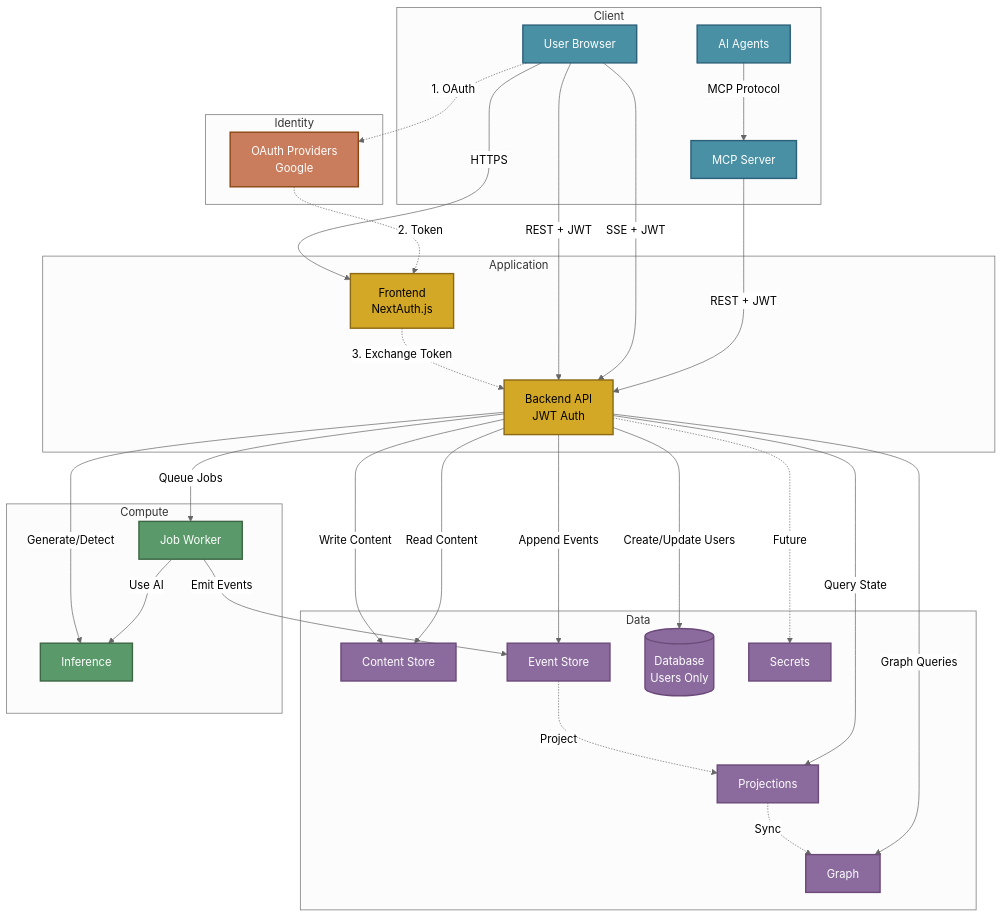
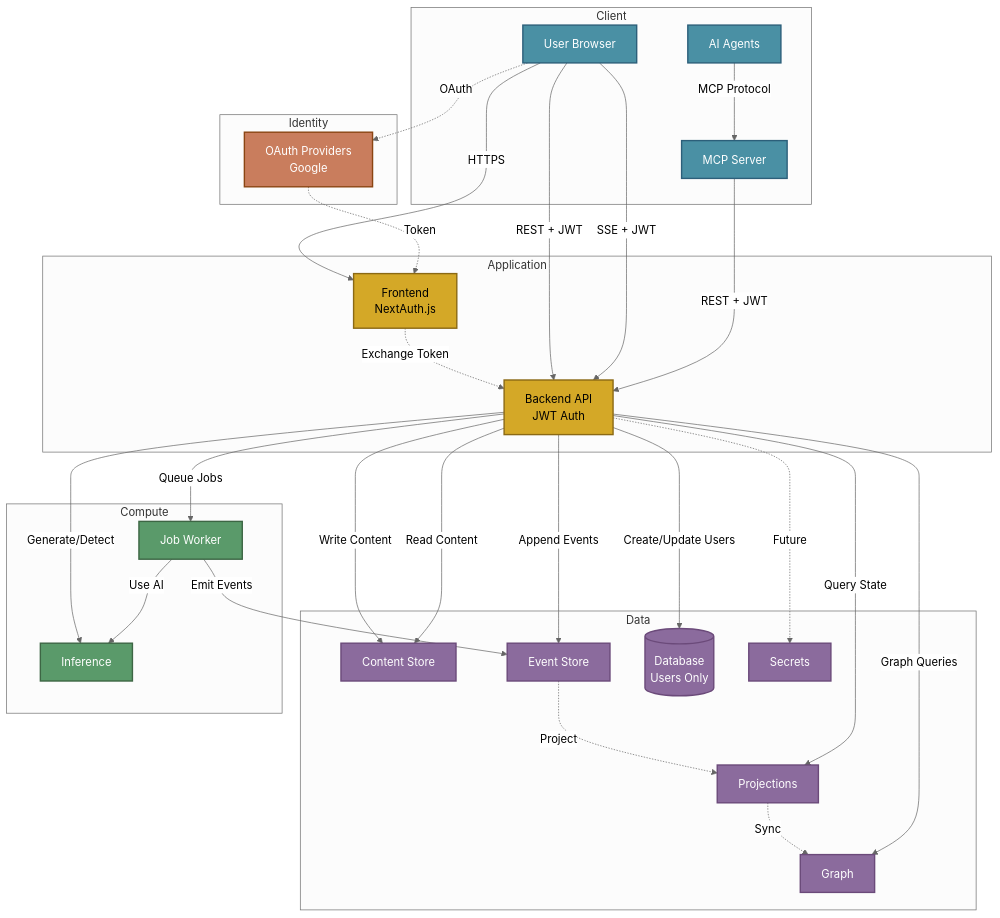
The diagram in docs/ARCHITECTURE.md (The-AI-Alliance/semiont), drawn with Mermaid (neutral theme) before and after one commit.

Commit message:
clean labels

````diff
--- a/docs/ARCHITECTURE.md
+++ b/docs/ARCHITECTURE.md
@@ -23,79 +23,79 @@
 ```mermaid
 graph TB
     subgraph "Client"
         USER[User Browser]
         AI[AI Agents]
         MCP[MCP Server]
     end
 
     subgraph "Identity"
         OAUTH[OAuth Providers<br/>Google]
     end
 
     subgraph "Application"
         FE[Frontend<br/>NextAuth.js]
         BE[Backend API<br/>JWT Auth]
     end
 
     subgraph "Data"
         CONTENT[Content Store]
         EVENTS[Event Store]
         PROJ[Projections]
         GRAPH[Graph]
         DB[(Database<br/>Users Only)]
         SEC[Secrets]
     end
 
     subgraph "Compute"
         INF[Inference]
         JW[Job Worker]
     end
 
     %% Client connections
     USER -->|HTTPS| FE
     AI -->|MCP Protocol| MCP
 
     %% OAuth flow (server-side only)
-    USER -.->|1. OAuth| OAUTH
-    OAUTH -.->|2. Token| FE
-    FE -.->|3. Exchange Token| BE
+    USER -.->|OAuth| OAUTH
+    OAUTH -.->|Token| FE
+    FE -.->|Exchange Token| BE
 
     %% API calls (client-side from browser)
     USER -->|REST + JWT| BE
     USER -->|SSE + JWT| BE
     MCP -->|REST + JWT| BE
 
     %% Backend to data (write path)
     BE -->|Write Content| CONTENT
     BE -->|Append Events| EVENTS
     BE -->|Create/Update Users| DB
     BE -.->|Future| SEC
 
     %% Event-driven flow
     EVENTS -.->|Project| PROJ
     PROJ -.->|Sync| GRAPH
 
     %% Backend reads
     BE -->|Read Content| CONTENT
     BE -->|Query State| PROJ
     BE -->|Graph Queries| GRAPH
 
     %% Compute services
     BE -->|Generate/Detect| INF
     BE -->|Queue Jobs| JW
     JW -->|Emit Events| EVENTS
     JW -->|Use AI| INF
 
     %% Styling - darker fills ensure text contrast in both light and dark modes
     classDef client fill:#4a90a4,stroke:#2c5f7a,stroke-width:2px,color:#fff
     classDef identity fill:#c97d5d,stroke:#8b4513,stroke-width:2px,color:#fff
     classDef app fill:#d4a827,stroke:#8b6914,stroke-width:2px,color:#000
     classDef data fill:#8b6b9d,stroke:#6b4a7a,stroke-width:2px,color:#fff
     classDef compute fill:#5a9a6a,stroke:#3d6644,stroke-width:2px,color:#fff
 
     class USER,AI,MCP client
     class OAUTH identity
     class FE,BE app
     class CONTENT,EVENTS,PROJ,GRAPH,DB,SEC data
     class INF,JW compute
 ```
````
